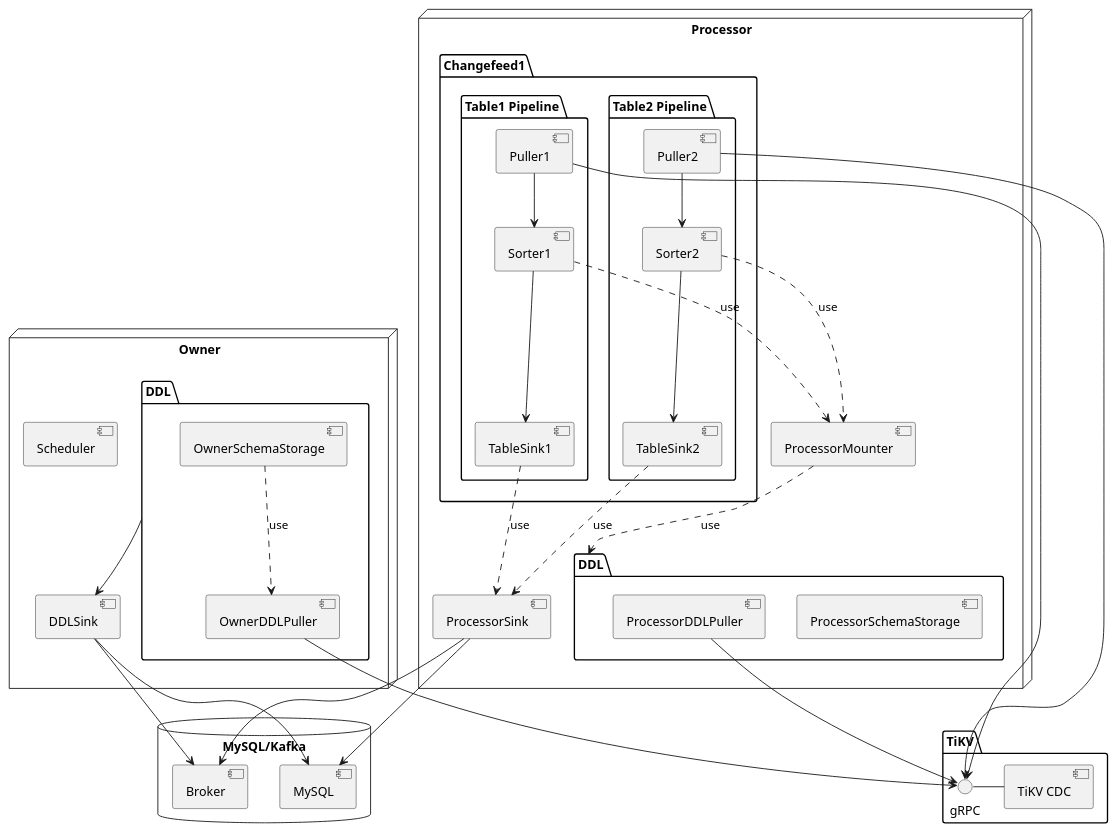
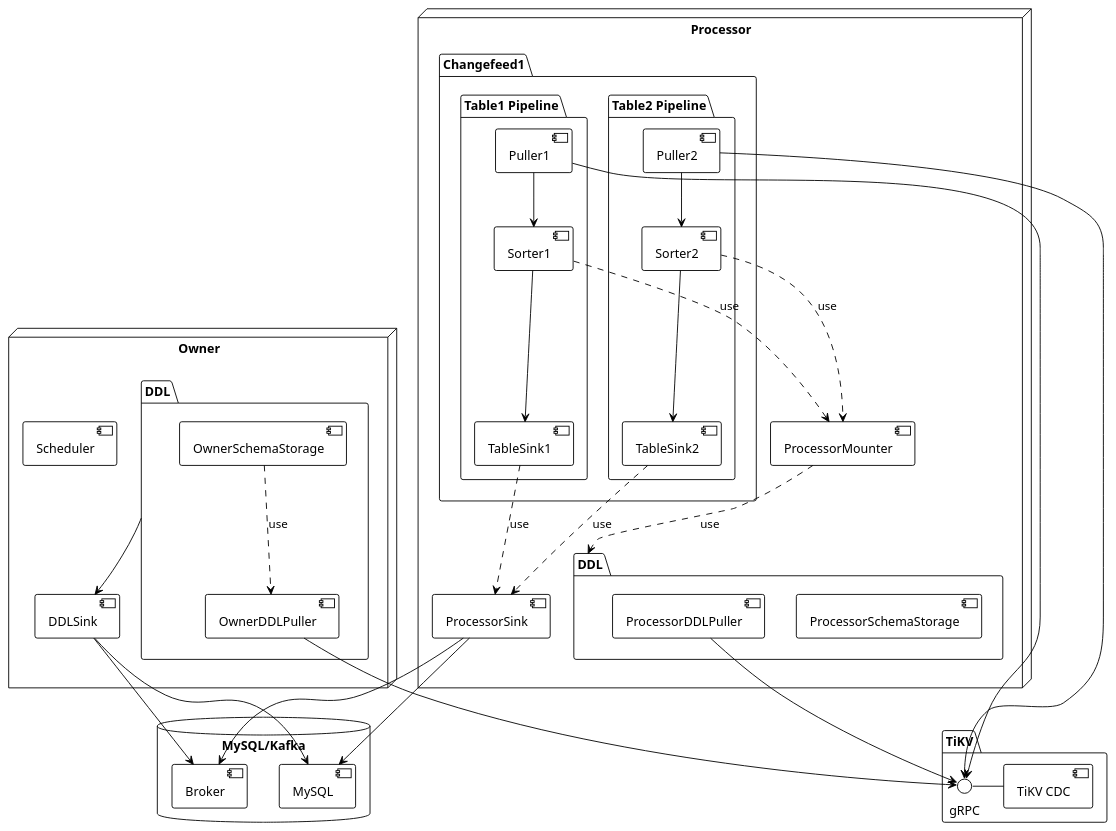
One commit to 0xPoe/talks changed the first of 6 diagrams in ticdc-new-sink.slide/slides.md. Above: the diagram before and after it, drawn with PlantUML. The commit also changed other lines of this file, not shown here.

Commit message:
Use plain theme

````diff
--- a/ticdc-new-sink.slide/slides.md
+++ b/ticdc-new-sink.slide/slides.md
@@ -105,59 +105,59 @@
 ```plantuml {scale: 0.8}
 @startuml
-
+!theme plain
 package "TiKV" {
   gRPC - [TiKV CDC]
 }
 
 node "Owner" {
   [Scheduler]
   [DDLSink]
   package "DDL" as DDL1 {
     [OwnerSchemaStorage]
     [OwnerDDLPuller] --> [gRPC]
   }
 }
 
 node "Processor" {
   [ProcessorMounter]
   [ProcessorSink]
   package "DDL" as DDL2 {
     [ProcessorSchemaStorage]
     [ProcessorDDLPuller] --> [gRPC]
   }
   package "Changefeed1" {
     package "Table1 Pipeline" {
       [Puller1] --> [gRPC]
       [Sorter1]
       [TableSink1]
     }
     package "Table2 Pipeline" {
       [Puller2] --> [gRPC]
       [Sorter2]
       [TableSink2]
     }
   }
 }
 
 database "MySQL/Kafka" {
   [MySQL]
   [Broker]
 }
 
 [DDLSink] --> [MySQL]
 [DDLSink] --> [Broker]
 DDL1 --> [DDLSink]
 [OwnerSchemaStorage] ..> [OwnerDDLPuller] : use
 [ProcessorSink] --> [MySQL]
 [ProcessorSink] --> [Broker]
 [Sorter1] ..> [ProcessorMounter] : use
 [Sorter2] ..> [ProcessorMounter] : use
 [TableSink1] ..> [ProcessorSink] : use
 [TableSink2] ..> [ProcessorSink] : use
 [ProcessorMounter] ..> DDL2 : use
 [Puller1] --> [Sorter1]
 [Sorter1] --> [TableSink1]
 [Puller2] --> [Sorter2]
 [Sorter2] --> [TableSink2]
 @enduml
 ```
````
